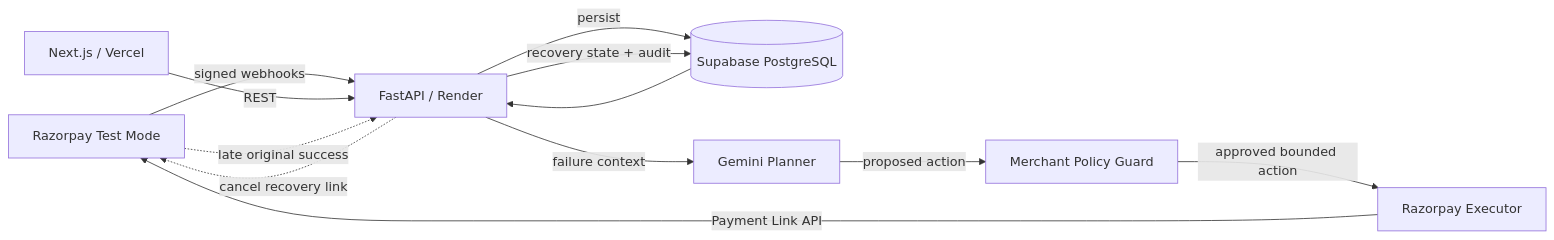
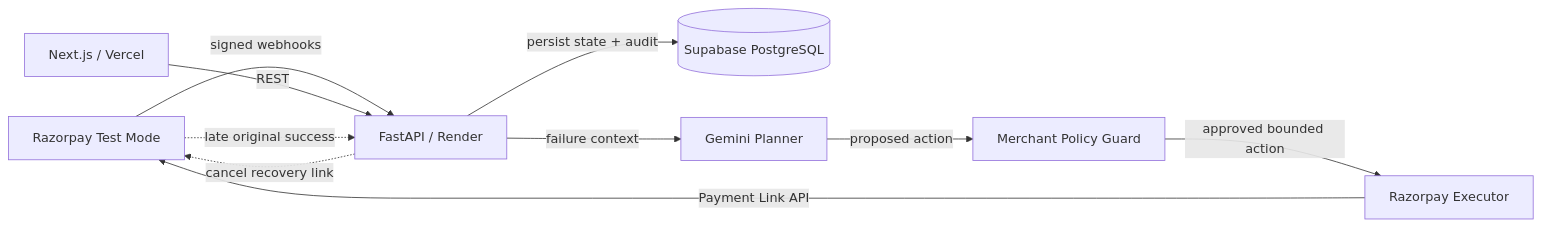
The diagram in README.md (ParvBhawsar/recoverflow), drawn with Mermaid before and after one commit. The commit also changed other lines of this file, not shown here.

````diff
--- a/README.md
+++ b/README.md
@@ -56,15 +68,13 @@
 ```mermaid
 flowchart LR
     RZ[Razorpay Test Mode] -->|signed webhooks| API[FastAPI / Render]
-    API -->|persist| DB[(Supabase PostgreSQL)]
+    API -->|persist state + audit| DB[(Supabase PostgreSQL)]
     API -->|failure context| AI[Gemini Planner]
     AI -->|proposed action| GUARD[Merchant Policy Guard]
     GUARD -->|approved bounded action| EXEC[Razorpay Executor]
     EXEC -->|Payment Link API| RZ
-    API -->|recovery state + audit| DB
     FE[Next.js / Vercel] -->|REST| API
-    DB --> API
 
     RZ -. late original success .-> API
     API -. cancel recovery link .-> RZ
 ```
````
